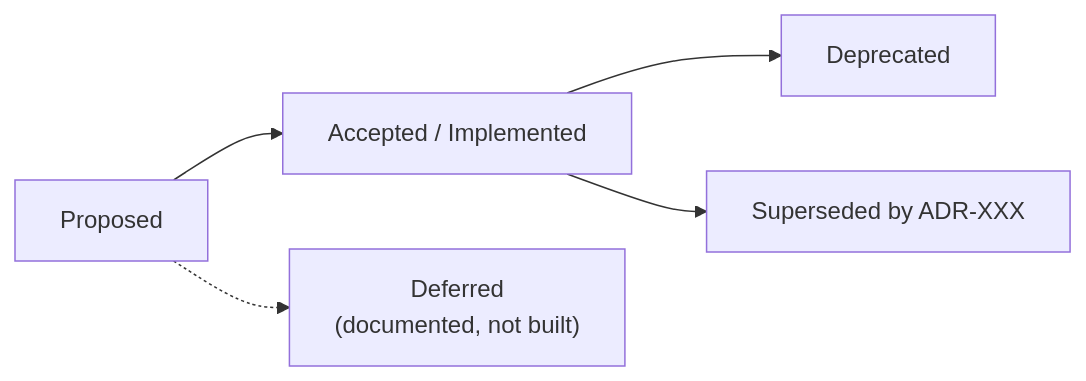
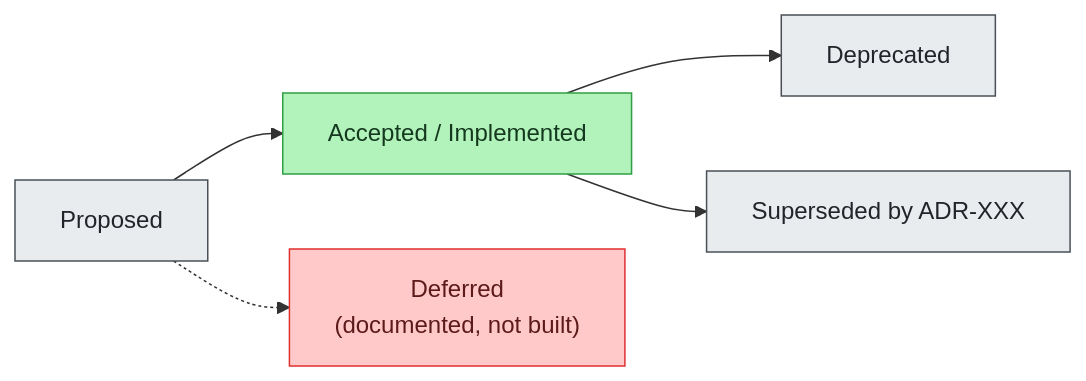
One commit to galvangabriel-web/agentropix-mcp changed the diagram in docs/08-reference/adr-index.md. Above: the diagram before and after it, drawn with Mermaid. The commit also changed 20 other files, not shown here.

First line of the commit message:
Diagram readability pass (workflow): redesign diagrams for size/clarity + audit log

````diff
--- a/docs/08-reference/adr-index.md
+++ b/docs/08-reference/adr-index.md
@@ -17,7 +17,17 @@
 ```mermaid
 graph LR
   P["Proposed"] --> A["Accepted / Implemented"]
   A --> D["Deprecated"]
   A --> S["Superseded by ADR-XXX"]
   P -.-> Def["Deferred<br/>(documented, not built)"]
+
+  classDef start fill:#e9ecef,stroke:#495057,color:#212529
+  classDef core fill:#b2f2bb,stroke:#2f9e44,color:#15391f
+  classDef eol fill:#e9ecef,stroke:#495057,color:#212529
+  classDef gov fill:#ffc9c9,stroke:#e03131,color:#5c1a1a
+
+  class P start
+  class A core
+  class D,S eol
+  class Def gov
 ```
````
